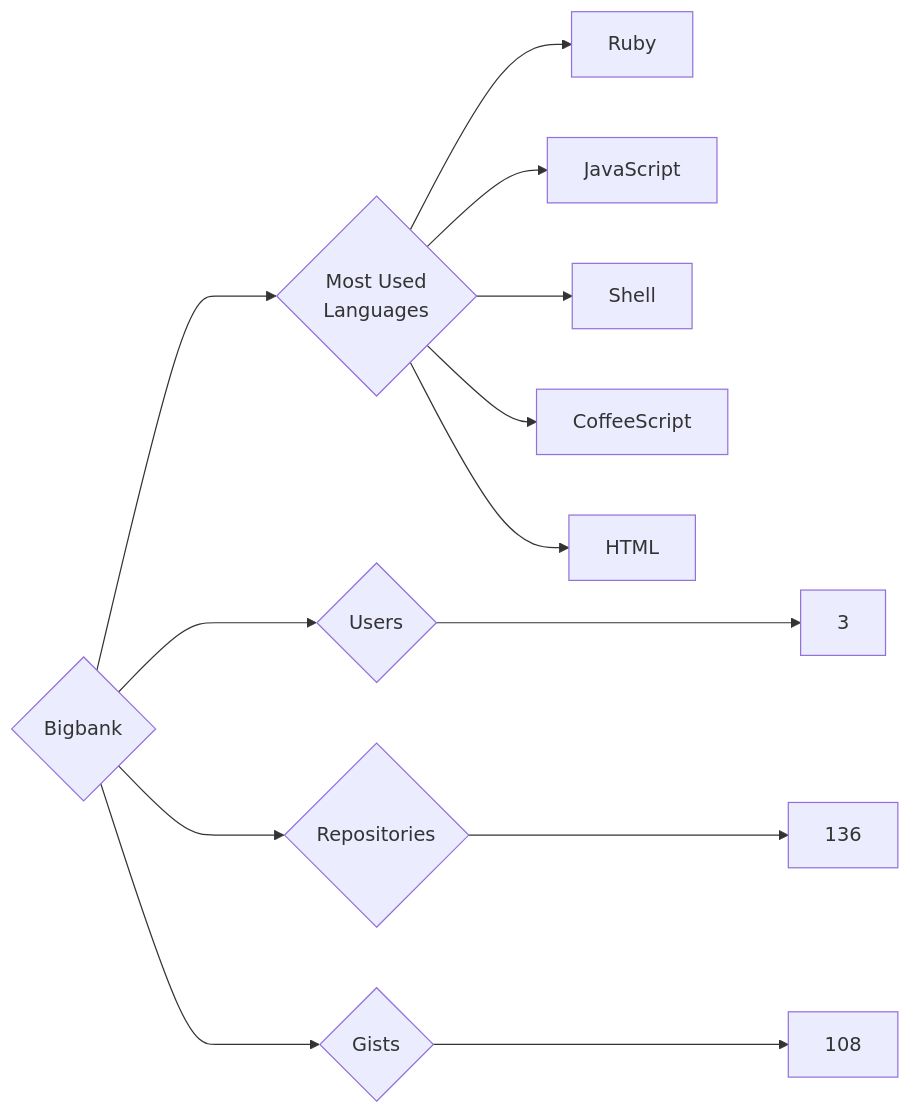
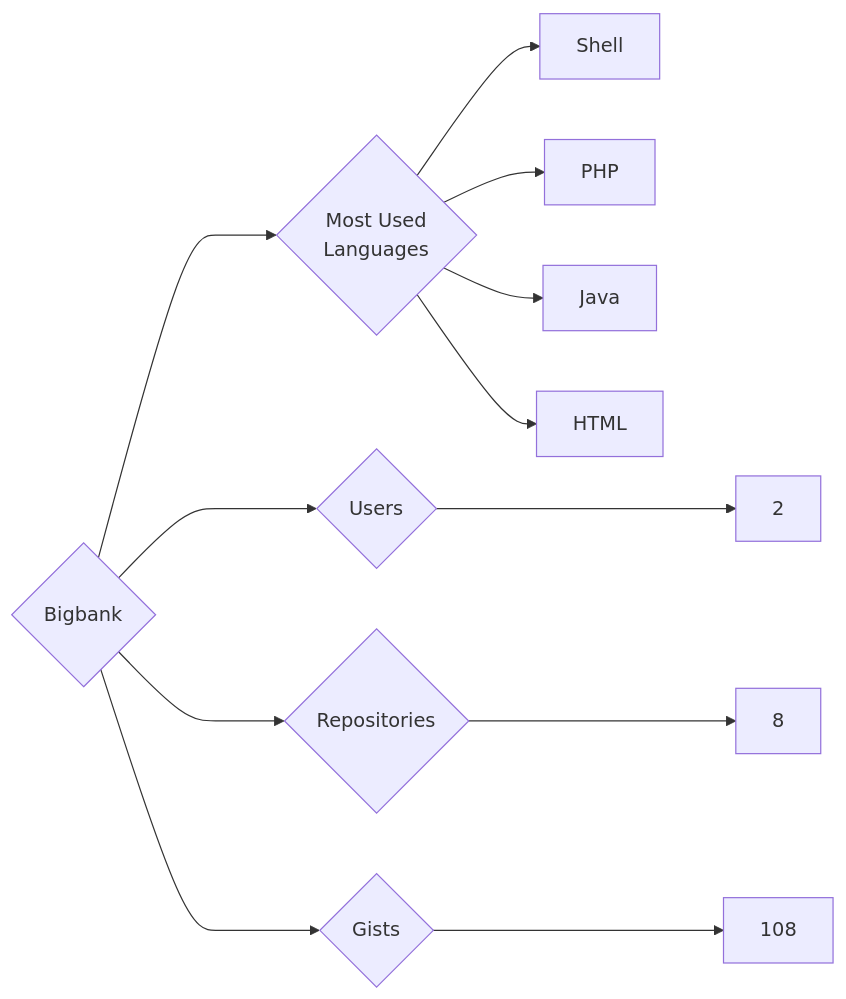
One commit to trickest/insiders changed the diagram in targets/Bigbank/README.md. Above: the diagram before and after it, drawn with Mermaid. The commit also changed 757 other files, not shown here.

````diff
--- a/targets/Bigbank/README.md
+++ b/targets/Bigbank/README.md
@@ -3,13 +3,12 @@
 ```mermaid
 graph LR
 COMPANY_NAME{Bigbank}
-COMPANY_NAME ---> U{Users} ---> UN[3]
-COMPANY_NAME ---> R{Repositories} ---> RN[136]
+COMPANY_NAME ---> U{Users} ---> UN[2]
+COMPANY_NAME ---> R{Repositories} ---> RN[8]
 COMPANY_NAME ---> G{Gists} ---> GN[108]
 COMPANY_NAME ---> ML{Most Used<br>Languages}
-ML --> Ruby[Ruby]
-ML --> JavaScript[JavaScript]
 ML --> Shell[Shell]
-ML --> CoffeeScript[CoffeeScript]
+ML --> PHP[PHP]
+ML --> Java[Java]
 ML --> HTML[HTML]
 ```
````
